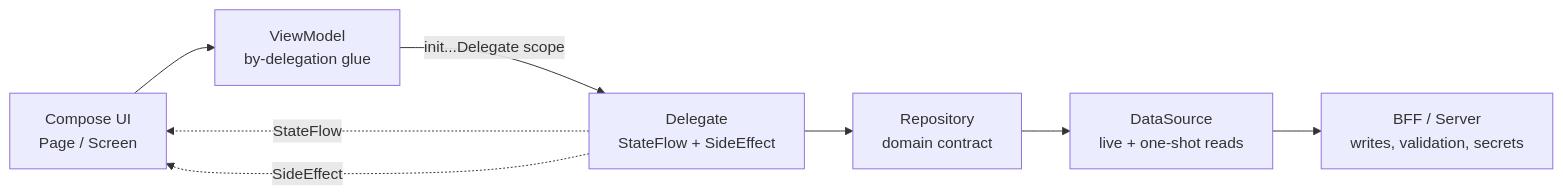
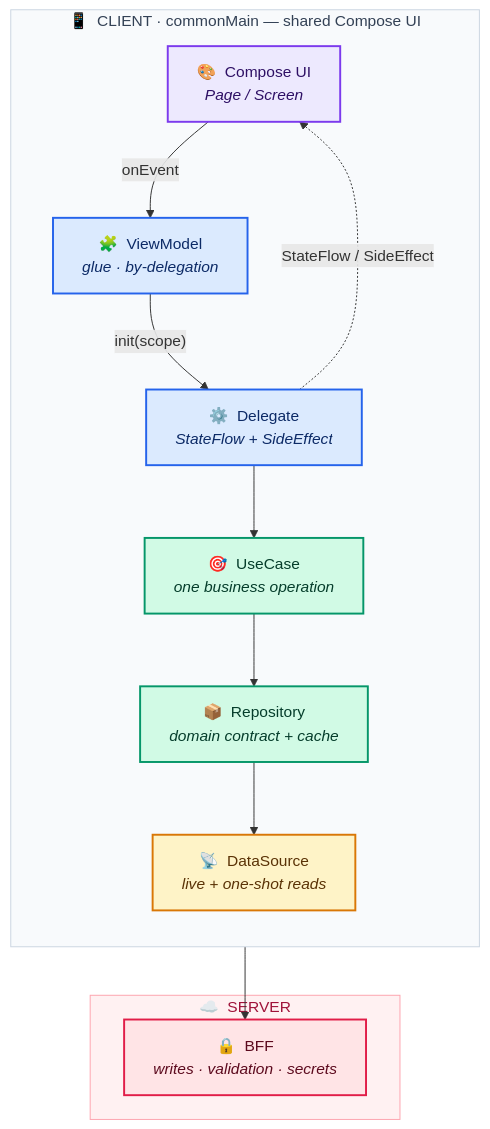
The diagram in assets/data-flow.mmd (jdagnogo/kmp-architecture-skill), drawn with Mermaid before and after one commit. The commit also changed 5 other files, not shown here.

First line of the commit message:
feat: add UseCase layer + styled data-flow diagram

```diff
--- a/assets/data-flow.mmd
+++ b/assets/data-flow.mmd
@@ -1,8 +1,36 @@
-flowchart LR
-    UI[Compose UI<br/>Page / Screen] --> VM[ViewModel<br/>by-delegation glue]
-    VM -->|init...Delegate scope| D[Delegate<br/>StateFlow + SideEffect]
-    D --> R[Repository<br/>domain contract]
-    R --> DS[DataSource<br/>live + one-shot reads]
-    DS --> BFF[BFF / Server<br/>writes, validation, secrets]
-    D -.StateFlow.-> UI
-    D -.SideEffect.-> UI
+flowchart TB
+    subgraph CLIENT["📱 &nbsp;CLIENT · commonMain — shared Compose UI"]
+        direction TB
+        UI["🎨 &nbsp;Compose UI<br/><i>Page / Screen</i>"]
+        VM["🧩 &nbsp;ViewModel<br/><i>glue · by-delegation</i>"]
+        D["⚙️ &nbsp;Delegate<br/><i>StateFlow + SideEffect</i>"]
+        UC["🎯 &nbsp;UseCase<br/><i>one business operation</i>"]
+        R["📦 &nbsp;Repository<br/><i>domain contract + cache</i>"]
+        DS["📡 &nbsp;DataSource<br/><i>live + one-shot reads</i>"]
+    end
+    subgraph SERVER["☁️ &nbsp;SERVER"]
+        BFF["🔒 &nbsp;BFF<br/><i>writes · validation · secrets</i>"]
+    end
+
+    UI  -- "onEvent" --> VM
+    VM  -- "init(scope)" --> D
+    D   --> UC
+    UC  --> R
+    R   --> DS
+    DS  --> BFF
+    D  -. "StateFlow / SideEffect" .-> UI
+
+    classDef ui   fill:#EDE9FE,stroke:#7C3AED,stroke-width:2px,color:#2E1065;
+    classDef glue fill:#DBEAFE,stroke:#2563EB,stroke-width:2px,color:#0C2A66;
+    classDef biz  fill:#D1FAE5,stroke:#059669,stroke-width:2px,color:#053D2B;
+    classDef data fill:#FEF3C7,stroke:#D97706,stroke-width:2px,color:#5A3206;
+    classDef srv  fill:#FFE4E6,stroke:#E11D48,stroke-width:2px,color:#5C0A1E;
+
+    class UI ui;
+    class VM,D glue;
+    class UC,R biz;
+    class DS data;
+    class BFF srv;
+
+    style CLIENT fill:#F8FAFC,stroke:#CBD5E1,stroke-width:1px,color:#334155;
+    style SERVER fill:#FFF1F2,stroke:#FDA4AF,stroke-width:1px,color:#9F1239;
```
